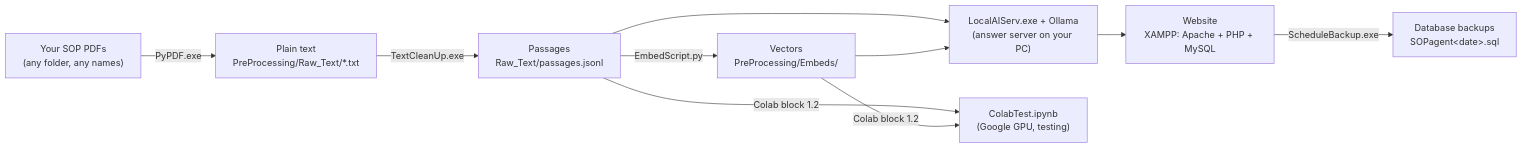
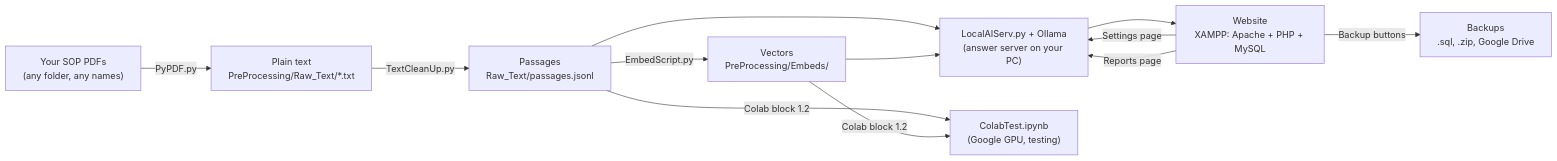
Before and after one commit to Cocallian/SOPAIDict: the diagram in GettingStarted/README.md, drawn with Mermaid. The commit also changed other lines of this file and 29 other files, not shown here.

Commit message:
Implemented CSRF tokens and some settings page changes

````diff
--- a/GettingStarted/README.md
+++ b/GettingStarted/README.md
@@ -18,12 +18,14 @@
 ```mermaid
 flowchart LR
-    A["Your SOP PDFs<br/>(any folder, any names)"] -->|PyPDF.exe| B["Plain text<br/>PreProcessing/Raw_Text/*.txt"]
-    B -->|TextCleanUp.exe| C["Passages<br/>Raw_Text/passages.jsonl"]
+    A["Your SOP PDFs<br/>(any folder, any names)"] -->|PyPDF.py| B["Plain text<br/>PreProcessing/Raw_Text/*.txt"]
+    B -->|TextCleanUp.py| C["Passages<br/>Raw_Text/passages.jsonl"]
     C -->|EmbedScript.py| D["Vectors<br/>PreProcessing/Embeds/"]
-    C --> F["LocalAIServ.exe + Ollama<br/>(answer server on your PC)"]
+    C --> F["LocalAIServ.py + Ollama<br/>(answer server on your PC)"]
     D --> F
     C -->|Colab block 1.2| G["ColabTest.ipynb<br/>(Google GPU, testing)"]
     D -->|Colab block 1.2| G
     F --> H["Website<br/>XAMPP: Apache + PHP + MySQL"]
-    H -->|ScheduleBackup.exe| I["Database backups<br/>SOPagent&lt;date&gt;.sql"]
+    H -->|Settings page| F
+    H -->|Reports page| F
+    H -->|Backup buttons| I["Backups<br/>.sql, .zip, Google Drive"]
 ```
````
